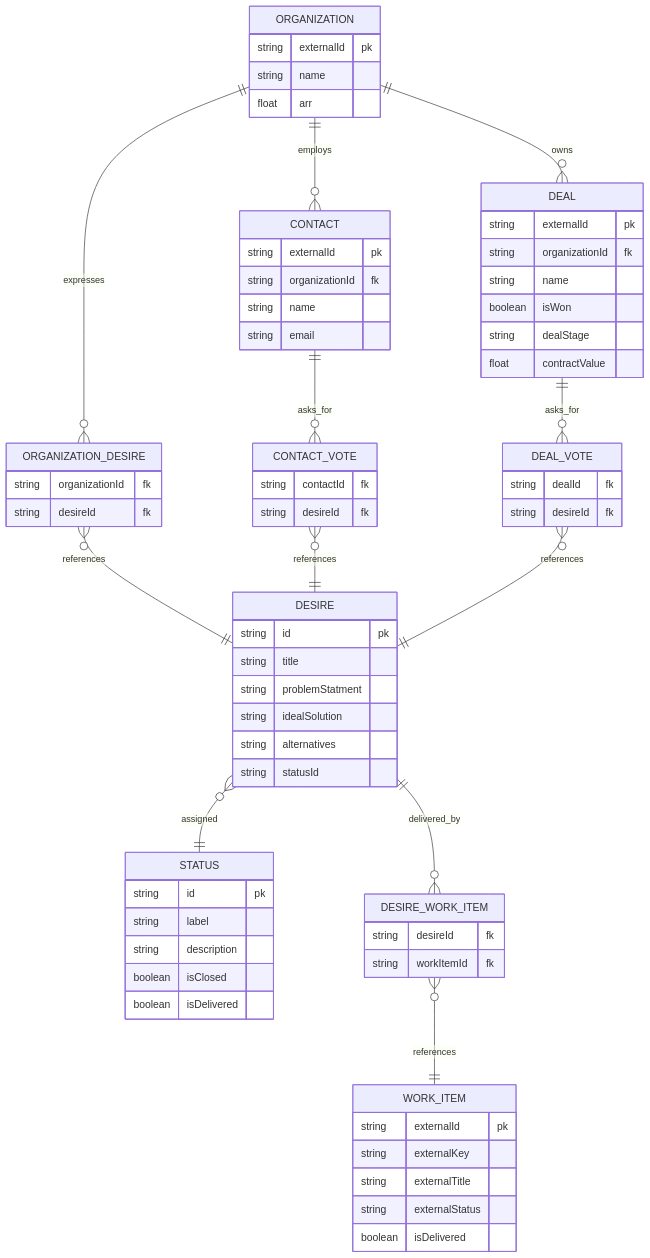
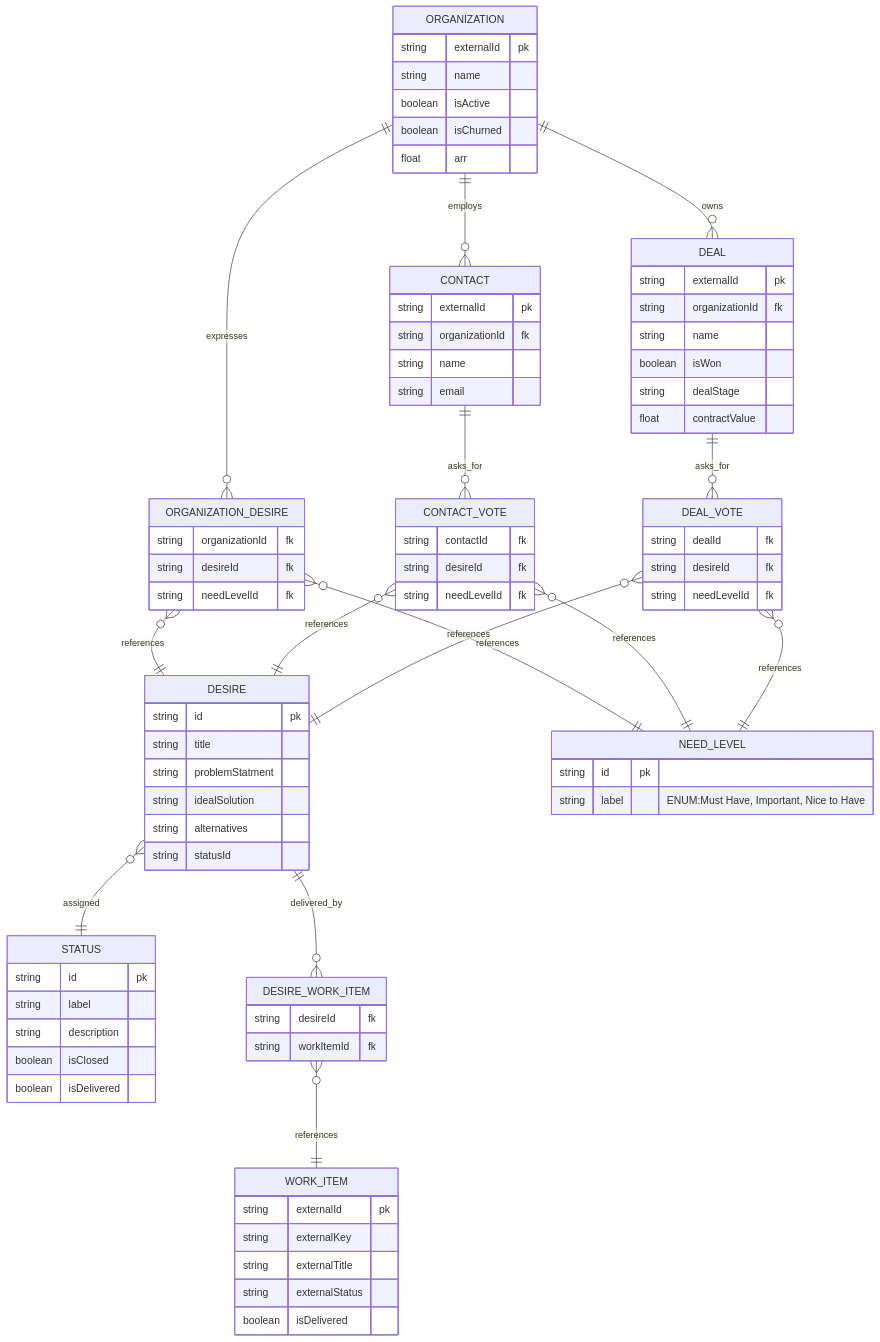
The diagram in requirements.md (eddiewebb/procus), drawn with Mermaid before and after one commit. The commit also changed other lines of this file, not shown here.

```diff
--- a/requirements.md
+++ b/requirements.md
@@ -100,13 +116,17 @@
     ORGANIZATION {
         string externalId pk
         string name
+        boolean isActive
+        boolean isChurned
         float arr
     }
     ORGANIZATION_DESIRE }o--|| DESIRE : references
     ORGANIZATION_DESIRE {
         string organizationId fk
         string desireId fk
+        string needLevelId fk
     }
+    ORGANIZATION_DESIRE }o--|| NEED_LEVEL: references
     DESIRE {
         string id pk
         string title
@@ -147,15 +167,23 @@
     CONTACT_VOTE {
         string contactId fk
         string desireId fk
+        string needLevelId fk
     }
     CONTACT_VOTE }o--|| DESIRE: references
+    CONTACT_VOTE }o--|| NEED_LEVEL: references
+    NEED_LEVEL {
+        string id pk
+        string label "ENUM:Must Have, Important, Nice to Have"
+    }
 
     DEAL ||--o{ DEAL_VOTE : asks_for
     DEAL_VOTE {
         string dealId fk
         string desireId fk
+        string needLevelId fk
     }
     DEAL_VOTE }o--|| DESIRE: references
+    DEAL_VOTE }o--|| NEED_LEVEL: references
 
     DESIRE ||--o{ DESIRE_WORK_ITEM : delivered_by
     DESIRE_WORK_ITEM }o--|| WORK_ITEM: references
```
